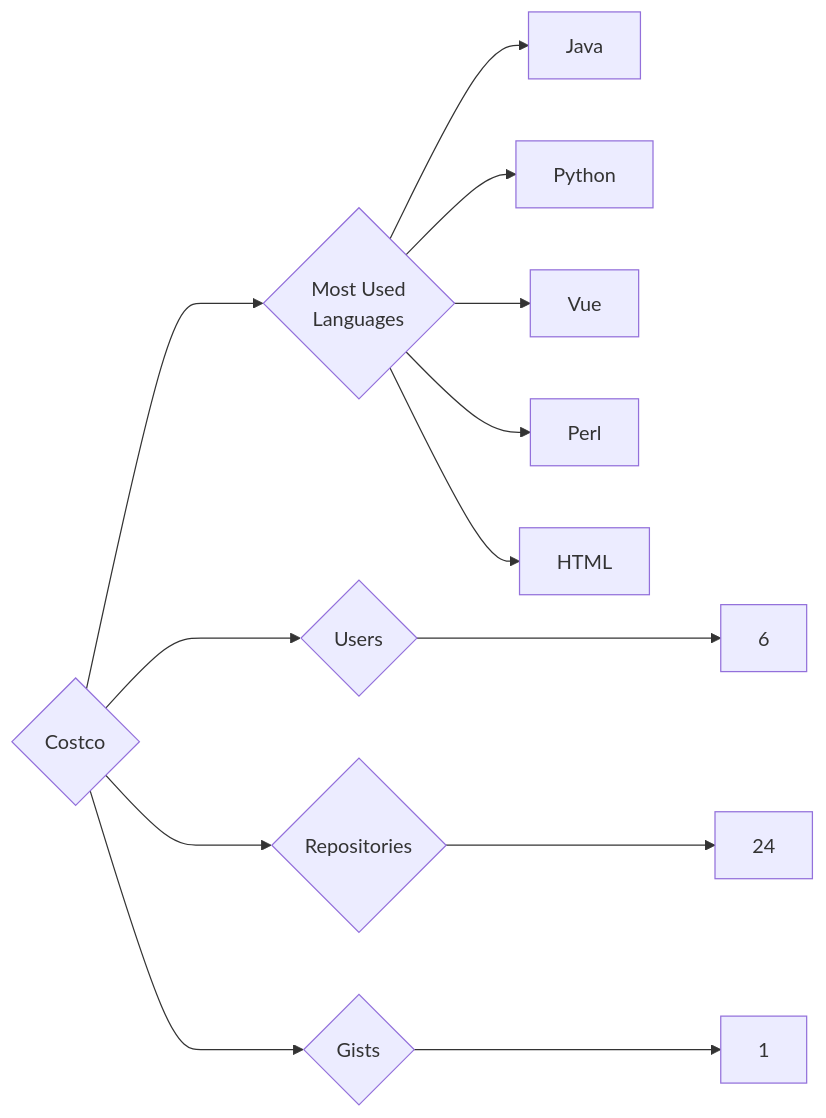
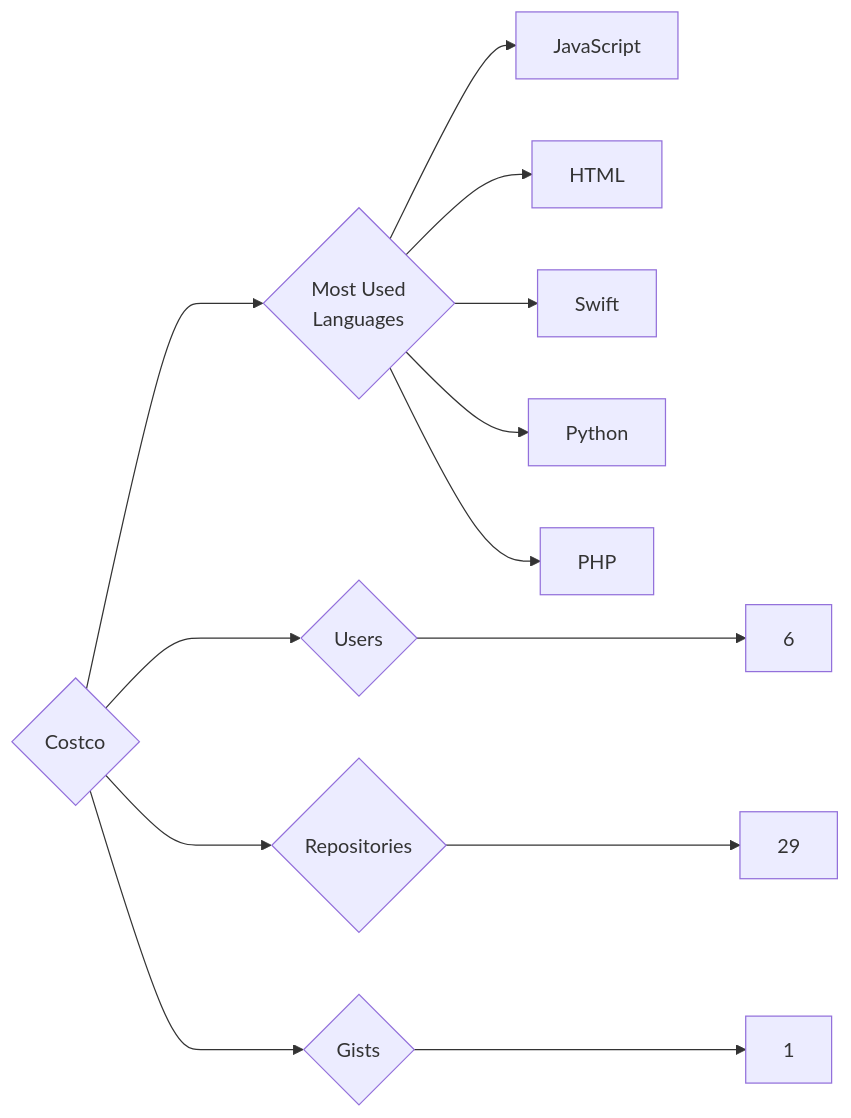
The diagram in targets/Costco/README.md (trickest/insiders), drawn with Mermaid before and after one commit. The commit also changed 1055 other files, not shown here.

````diff
--- a/targets/Costco/README.md
+++ b/targets/Costco/README.md
@@ -3,13 +3,13 @@
 ```mermaid
 graph LR
 COMPANY_NAME{Costco}
 COMPANY_NAME ---> U{Users} ---> UN[6]
-COMPANY_NAME ---> R{Repositories} ---> RN[24]
+COMPANY_NAME ---> R{Repositories} ---> RN[29]
 COMPANY_NAME ---> G{Gists} ---> GN[1]
 COMPANY_NAME ---> ML{Most Used<br>Languages}
-ML --> Java[Java]
+ML --> JavaScript[JavaScript]
+ML --> HTML[HTML]
+ML --> Swift[Swift]
 ML --> Python[Python]
-ML --> Vue[Vue]
-ML --> Perl[Perl]
-ML --> HTML[HTML]
+ML --> PHP[PHP]
 ```
````
